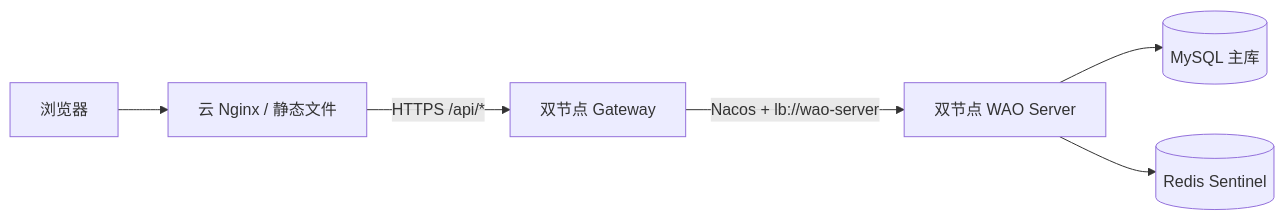
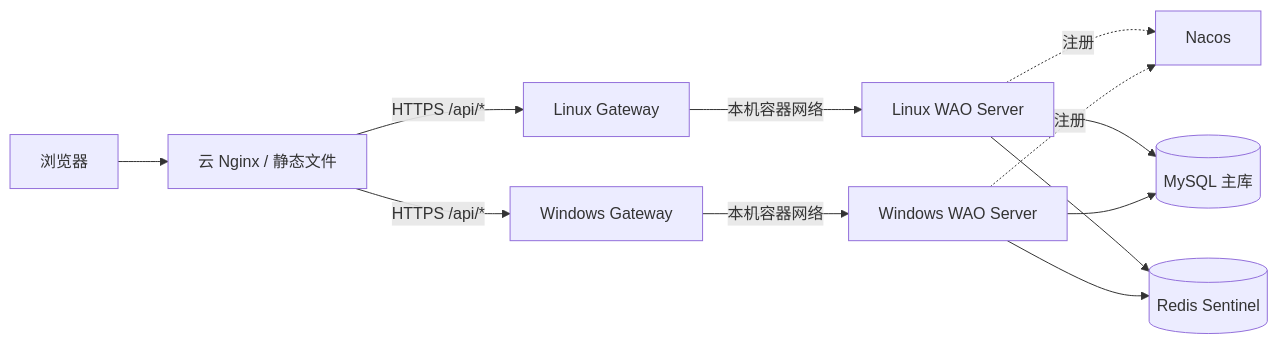
Before and after one commit to wayuwadi/wao: the diagram in docs/architecture.md, drawn with Mermaid. The commit also changed other lines of this file and 26 other files, not shown here.

````diff
--- a/docs/architecture.md
+++ b/docs/architecture.md
@@ -23,8 +23,14 @@
 ```mermaid
 flowchart LR
     Browser["浏览器"] --> Nginx["云 Nginx / 静态文件"]
-    Nginx -->|"HTTPS /api/*"| Gateway["双节点 Gateway"]
-    Gateway -->|"Nacos + lb://wao-server"| Server["双节点 WAO Server"]
-    Server --> MySQL[("MySQL 主库")]
-    Server --> Redis[("Redis Sentinel")]
+    Nginx -->|"HTTPS /api/*"| Gateway1["Linux Gateway"]
+    Nginx -->|"HTTPS /api/*"| Gateway2["Windows Gateway"]
+    Gateway1 -->|"本机容器网络"| Server1["Linux WAO Server"]
+    Gateway2 -->|"本机容器网络"| Server2["Windows WAO Server"]
+    Server1 -.注册.-> Nacos["Nacos"]
+    Server2 -.注册.-> Nacos
+    Server1 --> MySQL[("MySQL 主库")]
+    Server2 --> MySQL
+    Server1 --> Redis[("Redis Sentinel")]
+    Server2 --> Redis
 ```
````
